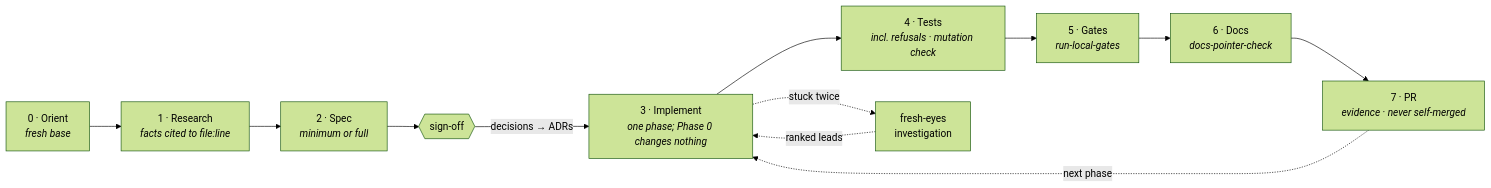
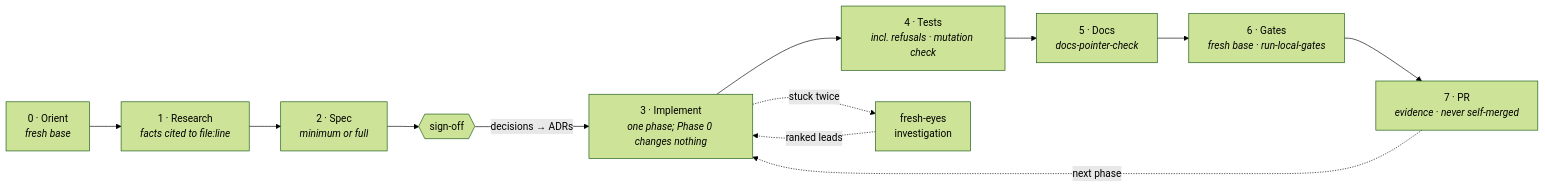
The diagram in zethus/README.md (kumouri/mesmer-grimoire), drawn with Mermaid (forest theme) before and after one commit. The commit also changed other lines of this file and 13 other files, not shown here.

First line of the commit message:
perf(zethus): run each expensive check once per phase

````diff
--- a/zethus/README.md
+++ b/zethus/README.md
@@ -16,14 +16,14 @@
 ```mermaid
 flowchart LR
     O["0 · Orient<br/><i>fresh base</i>"] --> R["1 · Research<br/><i>facts cited to file:line</i>"]
     R --> S["2 · Spec<br/><i>minimum or full</i>"]
     S --> SO{{"sign-off"}}
     SO -->|"decisions → ADRs"| I["3 · Implement<br/><i>one phase; Phase 0 changes nothing</i>"]
     I --> T["4 · Tests<br/><i>incl. refusals · mutation check</i>"]
-    T --> G["5 · Gates<br/><i>run-local-gates</i>"]
-    G --> D["6 · Docs<br/><i>docs-pointer-check</i>"]
-    D --> P["7 · PR<br/><i>evidence · never self-merged</i>"]
+    T --> D["5 · Docs<br/><i>docs-pointer-check</i>"]
+    D --> G["6 · Gates<br/><i>fresh base · run-local-gates</i>"]
+    G --> P["7 · PR<br/><i>evidence · never self-merged</i>"]
     P -.->|"next phase"| I
     I -.->|"stuck twice"| F["fresh-eyes<br/>investigation"]
     F -.->|"ranked leads"| I
 ```
````
